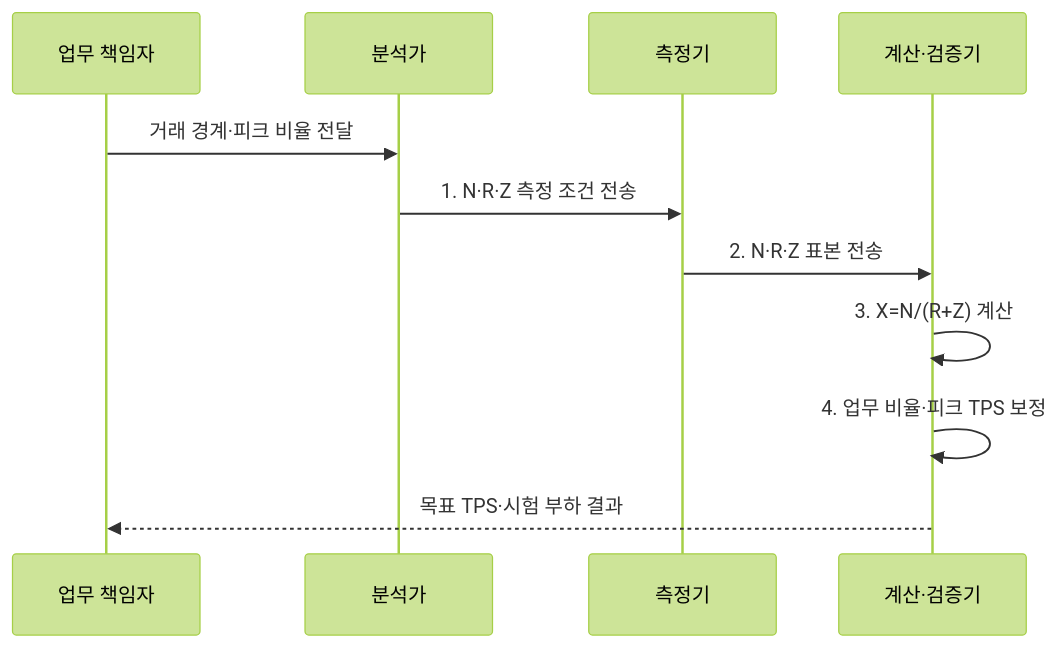
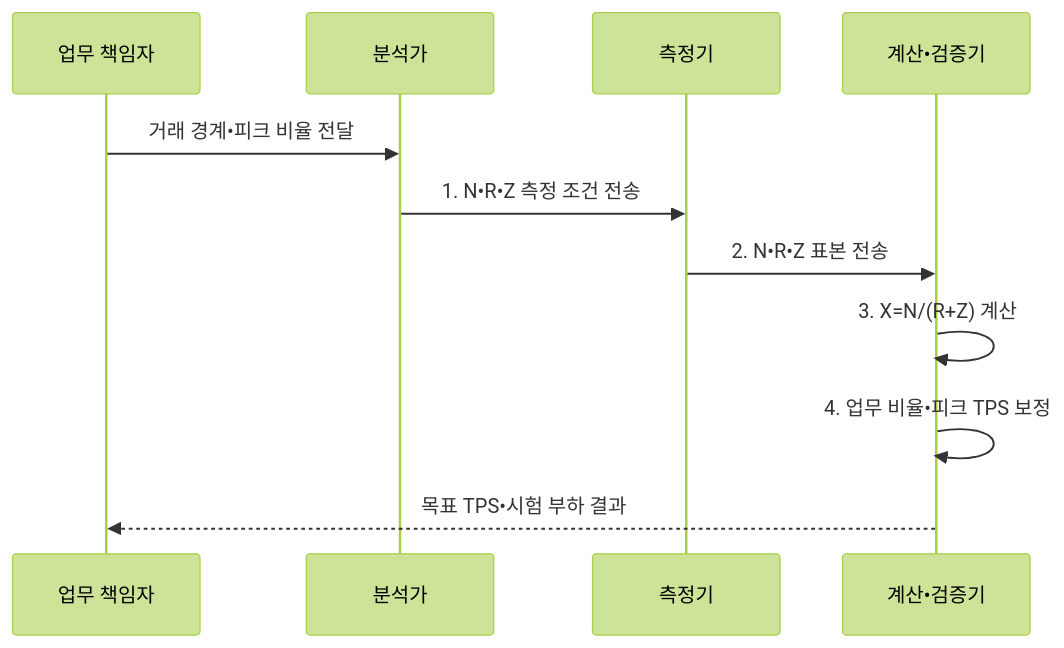
The second of 2 diagrams in src/content/docs/notes/06-evaluation/007_tps_calculation.md (agnusdei1207/knowledge-base), drawn with Mermaid (forest theme) before and after one commit. The commit also changed other lines of this file and 953 other files, not shown here.

````diff
--- a/src/content/docs/notes/06-evaluation/007_tps_calculation.md
+++ b/src/content/docs/notes/06-evaluation/007_tps_calculation.md
@@ -100,13 +100,13 @@
 ```mermaid
 sequenceDiagram
   participant O as 업무 책임자
   participant A as 분석가
   participant M as 측정기
-  participant C as 계산·검증기
-  O->>A: 거래 경계·피크 비율 전달
-  A->>M: 1. N·R·Z 측정 조건 전송
-  M->>C: 2. N·R·Z 표본 전송
+  participant C as 계산•검증기
+  O->>A: 거래 경계•피크 비율 전달
+  A->>M: 1. N•R•Z 측정 조건 전송
+  M->>C: 2. N•R•Z 표본 전송
   C->>C: 3. X=N/(R+Z) 계산
-  C->>C: 4. 업무 비율·피크 TPS 보정
-  C-->>O: 목표 TPS·시험 부하 결과
+  C->>C: 4. 업무 비율•피크 TPS 보정
+  C-->>O: 목표 TPS•시험 부하 결과
 ```
````
